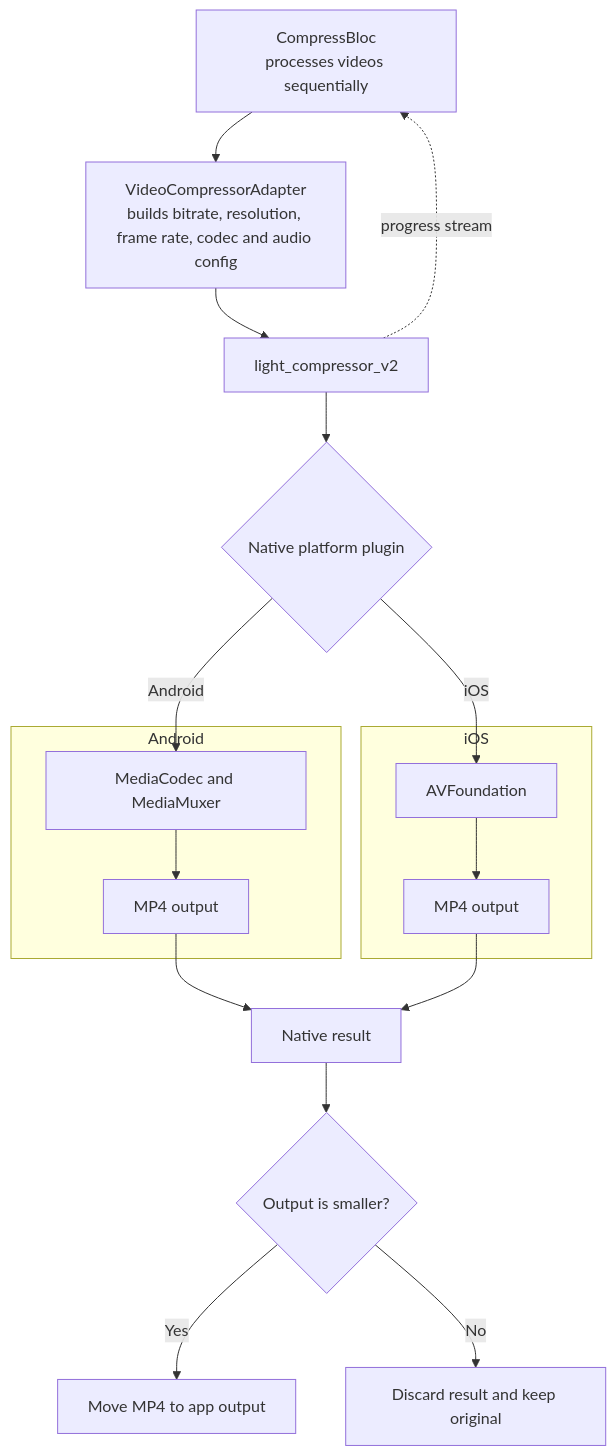
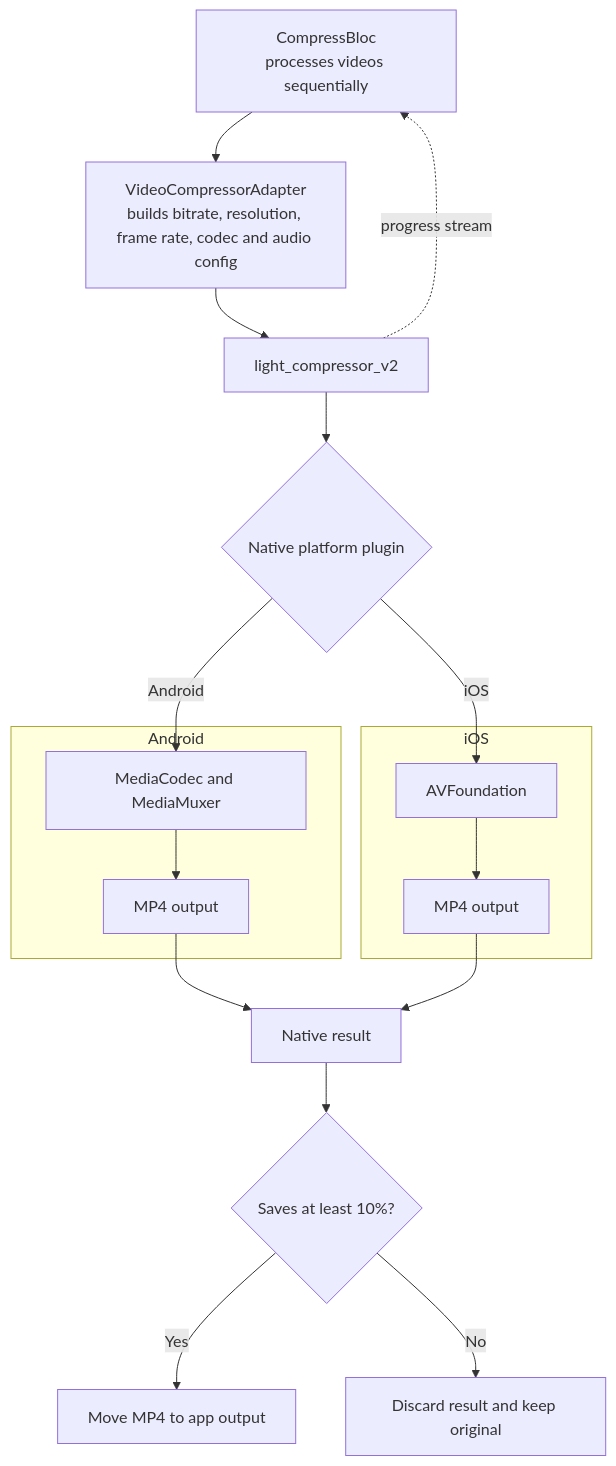
The diagram in README.md (minimo-pro/minimo_video), drawn with Mermaid before and after one commit. The commit also changed other lines of this file and 15 other files, not shown here.

````diff
--- a/README.md
+++ b/README.md
@@ -28,25 +33,25 @@
 ```mermaid
 flowchart TD
     A[CompressBloc<br/>processes videos sequentially] --> B[VideoCompressorAdapter<br/>builds bitrate, resolution, frame rate, codec and audio config]
     B --> C[light_compressor_v2]
     C --> D{Native platform plugin}
 
     subgraph Android
         E[MediaCodec and MediaMuxer]
         E --> F[MP4 output]
     end
 
     subgraph iOS
         G[AVFoundation]
         G --> H[MP4 output]
     end
 
     D -->|Android| E
     D -->|iOS| G
     C -.->|progress stream| A
     F --> I[Native result]
     H --> I
-    I --> J{Output is smaller?}
+    I --> J{Saves at least 10%?}
     J -->|Yes| K[Move MP4 to app output]
     J -->|No| L[Discard result and keep original]
 ```
````
